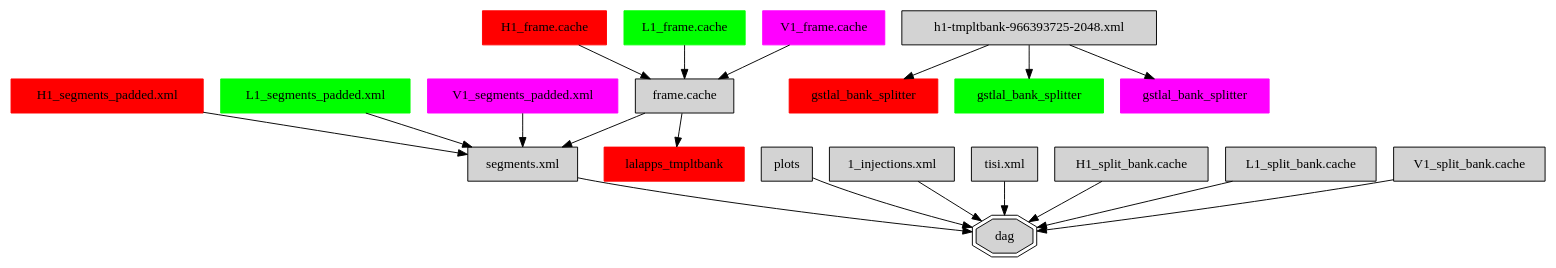
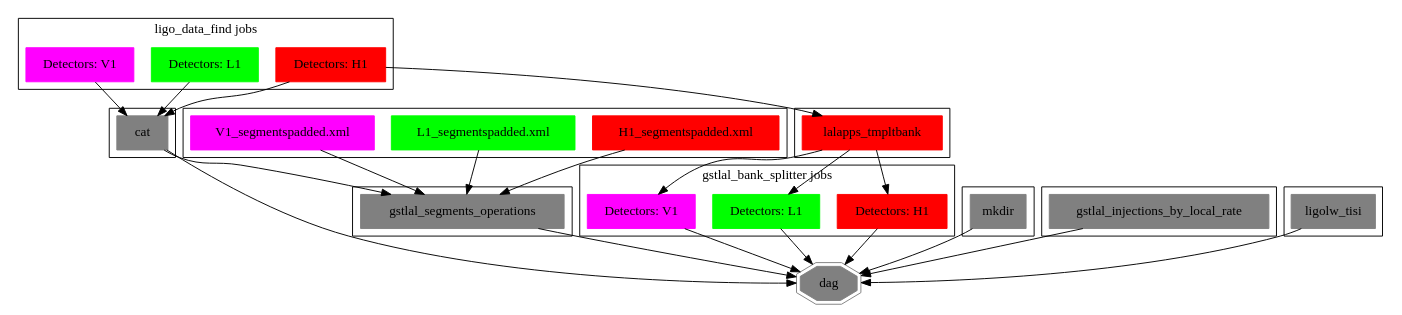
The diagram in gstlal-inspiral/doc/pages/images/Makefile_offline_triggers.dot (ElsevierSoftwareX/SOFTX_2020_238), drawn with Graphviz before and after one commit.

Commit message:
Makefile_offline_triggers.dot: update offline makefile diagram

```diff
--- a/gstlal-inspiral/doc/pages/images/Makefile_offline_triggers.dot
+++ b/gstlal-inspiral/doc/pages/images/Makefile_offline_triggers.dot
@@ -1,48 +1,72 @@
-digraph G {
+digraph triggers {
 	node [shape=box, style=filled];
-	"H1_frame.cache" [color=red1];
-	"L1_frame.cache" [color=green1];
-	"V1_frame.cache" [color=magenta1];
-	"frame.cache";
+	subgraph cluster_ligo_data_find_0 {
+	label = "ligo_data_find jobs"
+	"H1_frame.cache" [color=red1, label="Detectors: H1"];
+	"L1_frame.cache" [color=green1, label="Detectors: L1"];
+	"V1_frame.cache" [color=magenta1, label="Detectors: V1"];
+	}
+
+	subgraph cluster_frame_cache_0 {
+		"frame.cache" [color=grey, label="cat"];
+	}
 	
 	"H1_frame.cache" -> "frame.cache";
 	"L1_frame.cache" -> "frame.cache";
 	"V1_frame.cache" -> "frame.cache";
 
-	"H1_segments_padded.xml" [color=red1];
-	"L1_segments_padded.xml" [color=green1];
-	"V1_segments_padded.xml" [color=magenta1];
-	"segments.xml";
+	subgraph cluster_segmentspadded_0 {
+	"H1_segmentspadded.xml" [color=red1];
+	"L1_segmentspadded.xml" [color=green1];
+	"V1_segmentspadded.xml" [color=magenta1];
+	}
 
-	"H1_segments_padded.xml" -> "segments.xml";
-	"L1_segments_padded.xml" -> "segments.xml";
-	"V1_segments_padded.xml" -> "segments.xml";
+	subgraph cluster_gstlal_segments_operations_0 {
+	"segments.xml" [color=grey, label="gstlal_segments_operations", URL="\ref gstlal_segments_operations"];
+	}
+
+	"H1_segmentspadded.xml" -> "segments.xml";
+	"L1_segmentspadded.xml" -> "segments.xml";
+	"V1_segmentspadded.xml" -> "segments.xml";
 
 	"frame.cache" -> "segments.xml";	
 
+	subgraph cluster_lalapps_tmplbank_0 {
 	"H1-TMPLTBANK-966393725-2048.xml" [color=red1, label="lalapps_tmpltbank"];
+	}
 
-	"frame.cache" -> "H1-TMPLTBANK-966393725-2048.xml";
+	"H1_frame.cache" -> "H1-TMPLTBANK-966393725-2048.xml";
+
+	subgraph cluster_gstlal_bank_splitter_0 {
+	label = "gstlal_bank_splitter jobs"
+	"H1_split_bank.cache" [color=red1, label="Detectors: H1"];
+	"L1_split_bank.cache" [color=green1, label="Detectors: L1"];
+	"V1_split_bank.cache" [color=magenta1, label="Detectors: V1"];
+	}
+	"H1-TMPLTBANK-966393725-2048.xml" -> "H1_split_bank.cache";
+	"H1-TMPLTBANK-966393725-2048.xml" -> "L1_split_bank.cache";
+	"H1-TMPLTBANK-966393725-2048.xml" -> "V1_split_bank.cache";
+
+	subgraph cluster_mkdir_0 {
+	plots [color=grey, label="mkdir"];
+	}
+
+	subgraph cluster_gstlal_injections_by_local_rate_0 {
+	"1_injections.xml" [color=grey, label="gstlal_injections_by_local_rate", URL="\ref gstlal_injections_by_local_rate"];
+	}
 	
-	"h1_split_bank.cache" [color=red1, label="gstlal_bank_splitter", URL="\ref gstlal_bank_splitter"];
-	"l1_split_bank.cache" [color=green1, label="gstlal_bank_splitter", URL="\ref gstlal_bank_splitter"];
-	"v1_split_bank.cache" [color=magenta1, label="gstlal_bank_splitter", URL="\ref gstlal_bank_splitter"];
+	subgraph cluster_tixi_0 {
+	"tisi.xml" [color=grey, label="ligolw_tisi"];
+	}
 
-	"h1-tmpltbank-966393725-2048.xml" -> "h1_split_bank.cache";
-	"h1-tmpltbank-966393725-2048.xml" -> "l1_split_bank.cache";
-	"h1-tmpltbank-966393725-2048.xml" -> "v1_split_bank.cache";
+	dag [color=grey, shape=doubleoctagon];
 
-	plots;
-	"1_injections.xml";
-	"tisi.xml";
-
-	dag [shape=doubleoctagon];
-
+	"frame.cache" -> dag;
 	"H1_split_bank.cache" -> dag;
 	"L1_split_bank.cache" -> dag;
 	"V1_split_bank.cache" -> dag;
 	plots -> dag;
 	"1_injections.xml" -> dag;
 	"tisi.xml" -> dag;
 	"segments.xml" -> dag;
 }
```
